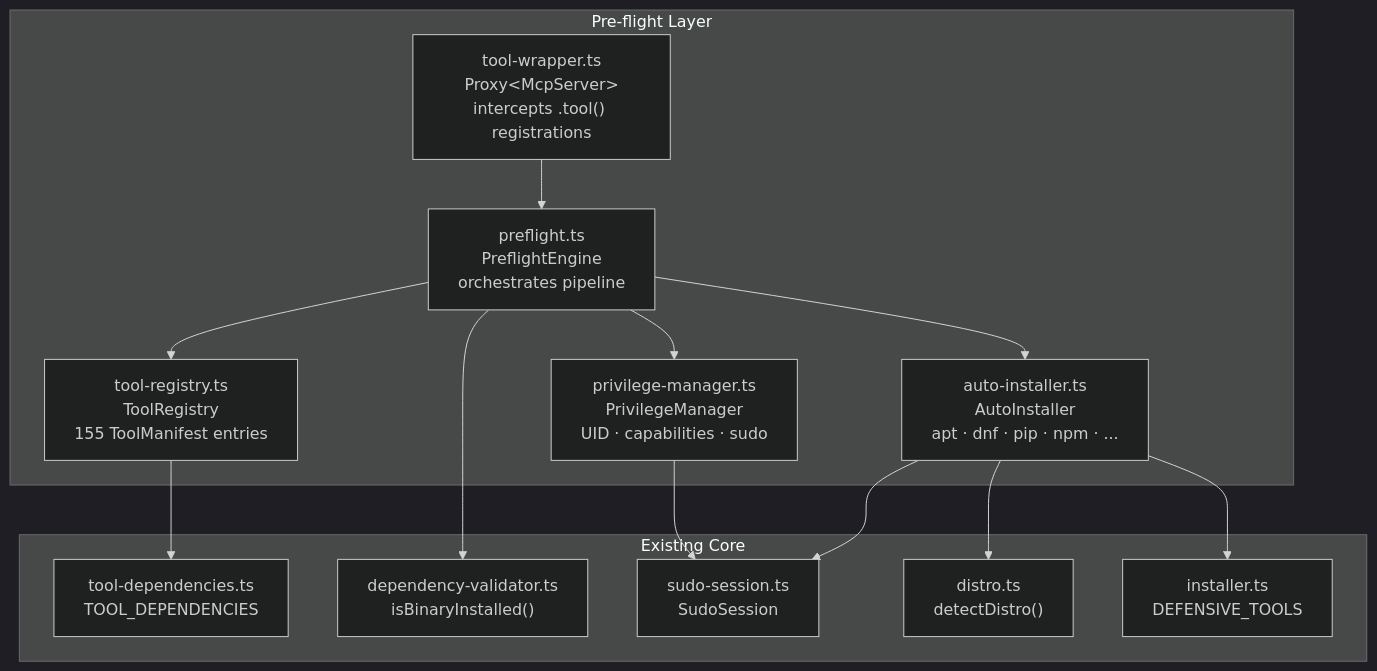
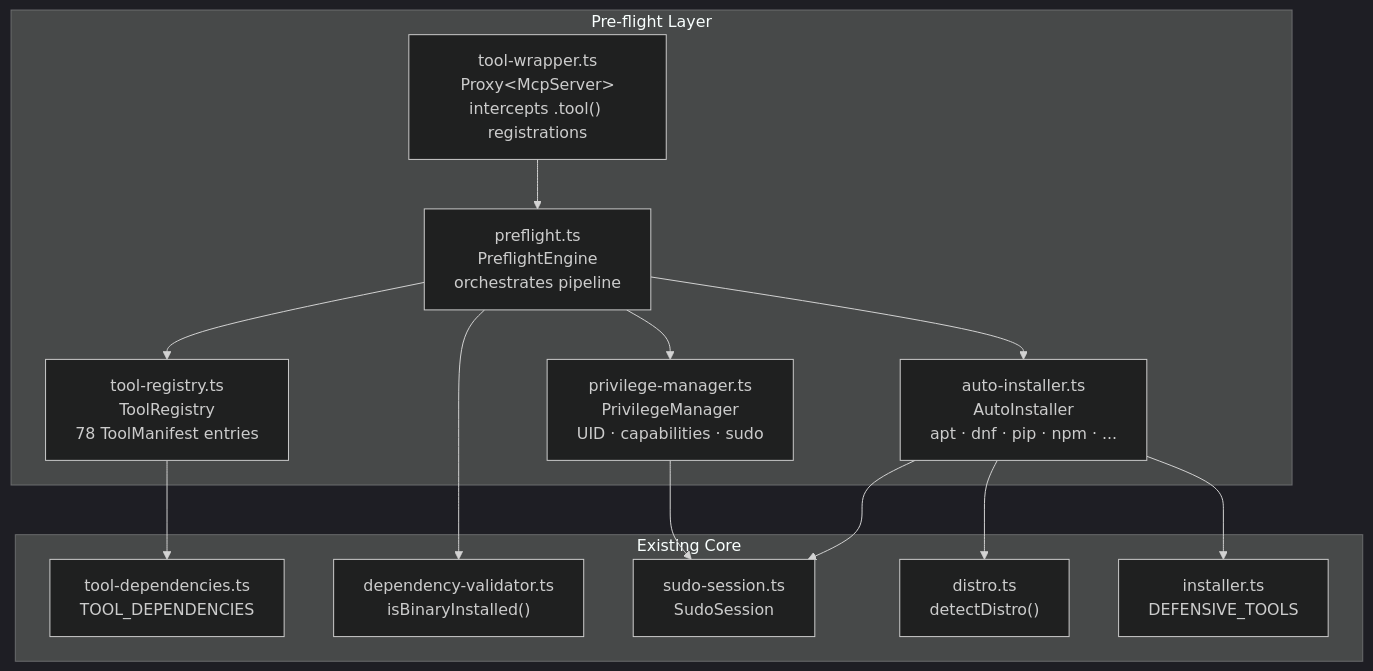
The second of 5 diagrams in ARCHITECTURE.md (bottobot/defense-mcp-server), drawn with Mermaid (dark theme) before and after one commit. The commit also changed other lines of this file and 64 other files, not shown here.

````diff
--- a/ARCHITECTURE.md
+++ b/ARCHITECTURE.md
@@ -163,30 +163,30 @@
 ```mermaid
 graph TD
     subgraph "Pre-flight Layer"
         WRAPPER["tool-wrapper.ts<br/>Proxy&lt;McpServer&gt;<br/>intercepts .tool() registrations"]
         PREFLIGHT["preflight.ts<br/>PreflightEngine<br/>orchestrates pipeline"]
-        REGISTRY["tool-registry.ts<br/>ToolRegistry<br/>155 ToolManifest entries"]
+        REGISTRY["tool-registry.ts<br/>ToolRegistry<br/>78 ToolManifest entries"]
         PRIV["privilege-manager.ts<br/>PrivilegeManager<br/>UID · capabilities · sudo"]
         AUTO["auto-installer.ts<br/>AutoInstaller<br/>apt · dnf · pip · npm · ..."]
     end
 
     subgraph "Existing Core"
         DEPS["tool-dependencies.ts<br/>TOOL_DEPENDENCIES"]
         VALID["dependency-validator.ts<br/>isBinaryInstalled()"]
         SUDO["sudo-session.ts<br/>SudoSession"]
         DISTRO["distro.ts<br/>detectDistro()"]
         INSTALL["installer.ts<br/>DEFENSIVE_TOOLS"]
     end
 
     WRAPPER --> PREFLIGHT
     PREFLIGHT --> REGISTRY
     PREFLIGHT --> PRIV
     PREFLIGHT --> AUTO
     PREFLIGHT --> VALID
 
     REGISTRY --> DEPS
     PRIV --> SUDO
     AUTO --> DISTRO
     AUTO --> INSTALL
     AUTO --> SUDO
 ```
````
